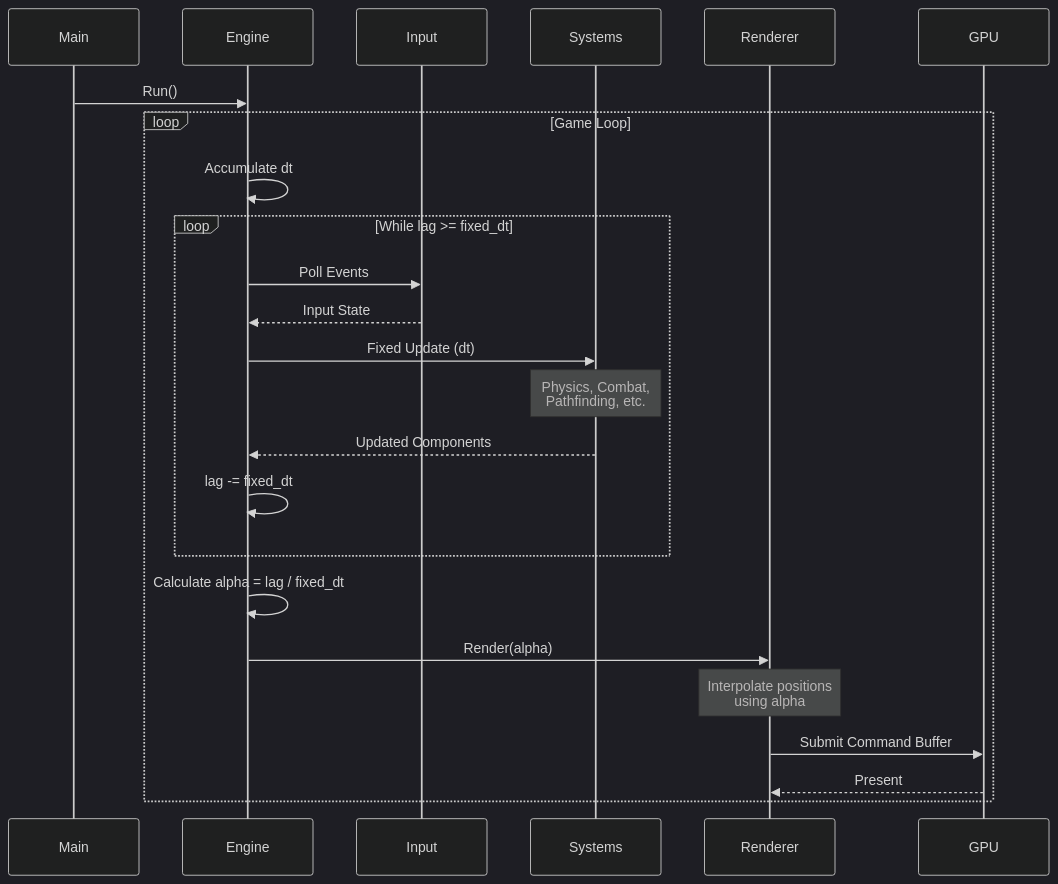
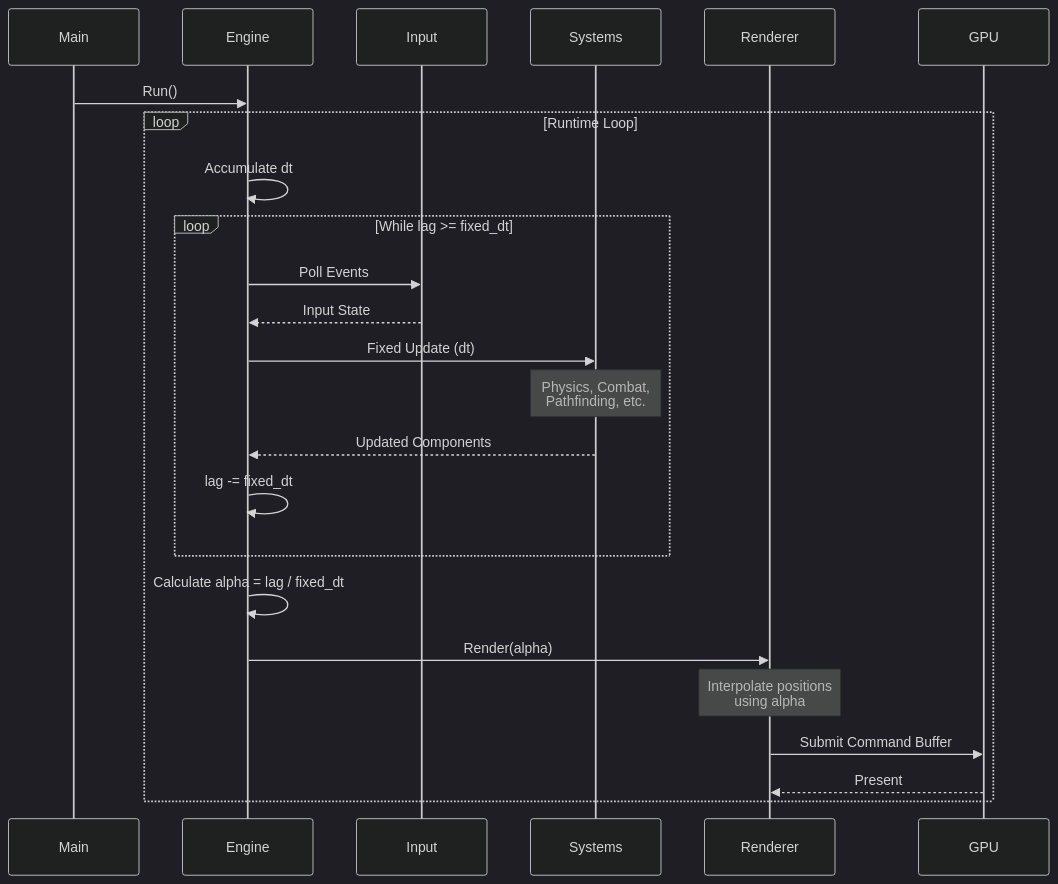
Before and after one commit to jamestl90/realm_engine: the second of 4 diagrams in docs/ARCHITECTURE.md, drawn with Mermaid (dark theme). The commit also changed other lines of this file and 33 other files, not shown here.

````diff
--- a/docs/ARCHITECTURE.md
+++ b/docs/ARCHITECTURE.md
@@ -105,33 +111,33 @@
 ```mermaid
 sequenceDiagram
     participant Main
     participant Engine
     participant Input
     participant Systems
     participant Renderer
     participant GPU
     
     Main->>Engine: Run()
-    loop Game Loop
+    loop Runtime Loop
         Engine->>Engine: Accumulate dt
         
         loop While lag >= fixed_dt
             Engine->>Input: Poll Events
             Input-->>Engine: Input State
             
             Engine->>Systems: Fixed Update (dt)
             Note over Systems: Physics, Combat,<br/>Pathfinding, etc.
             Systems-->>Engine: Updated Components
             
             Engine->>Engine: lag -= fixed_dt
         end
         
         Engine->>Engine: Calculate alpha = lag / fixed_dt
         
         Engine->>Renderer: Render(alpha)
         Note over Renderer: Interpolate positions<br/>using alpha
         
         Renderer->>GPU: Submit Command Buffer
         GPU-->>Renderer: Present
     end
 ```
````
